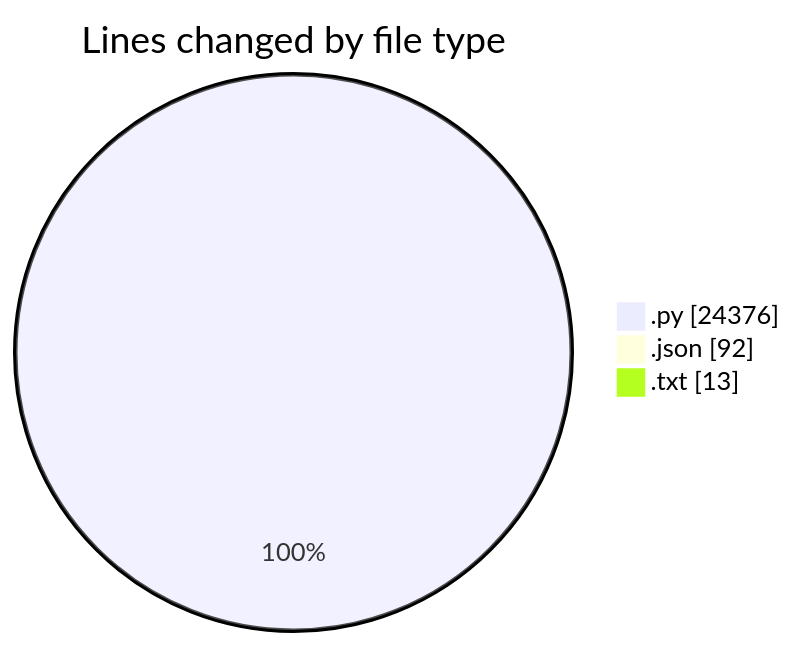
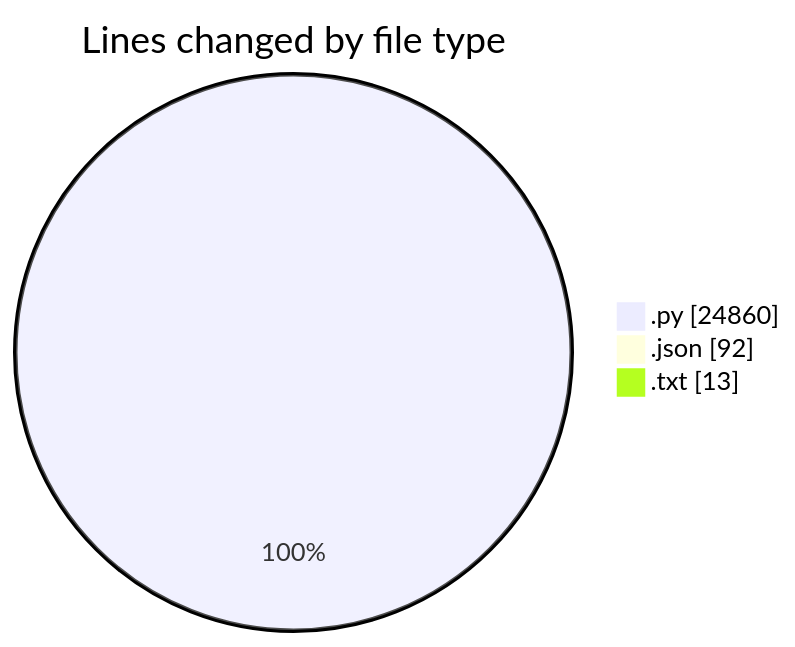
One commit to jrari/code-tracking changed the first of 2 diagrams in 2025-07-13/telebot/README.md. Above: the diagram before and after it, drawn with Mermaid. The commit also changed other lines of this file and 1 other file, not shown here.

````diff
--- a/2025-07-13/telebot/README.md
+++ b/2025-07-13/telebot/README.md
@@ -60,7 +61,7 @@
 ```mermaid
 pie showData
 title Lines changed by file type
-".py" : 24376
+".py" : 24860
 ".json" : 92
 ".txt" : 13
 ```
````
